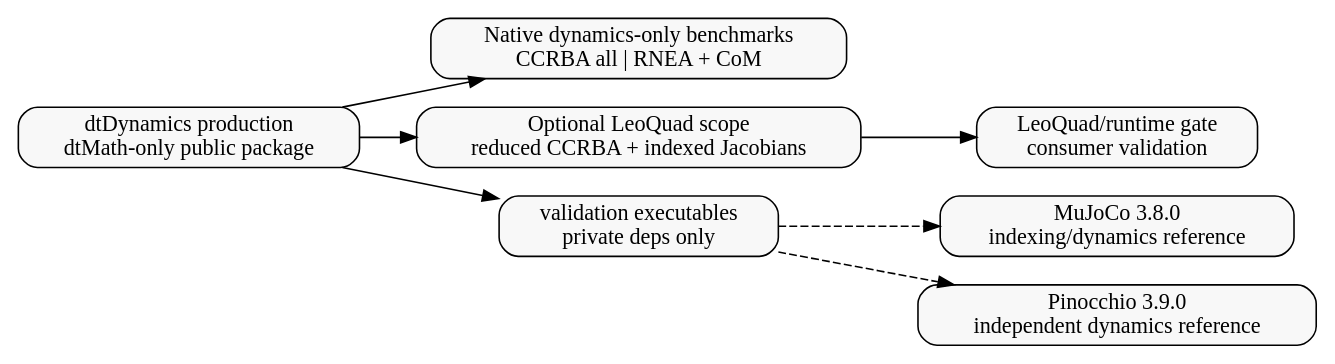
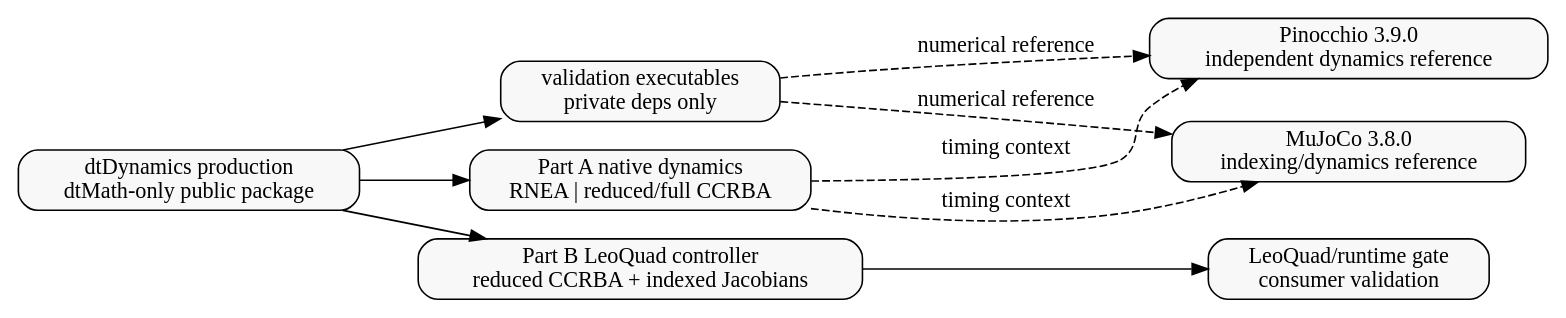
The diagram in docs/manual/diagrams/validation_refs.dot (sangyobe/dtDynamics), drawn with Graphviz before and after one commit. The commit also changed 9 other files, not shown here.

Commit message:
bench: expand Part A comparison scope

```diff
--- a/docs/manual/diagrams/validation_refs.dot
+++ b/docs/manual/diagrams/validation_refs.dot
@@ -1,17 +1,19 @@
 digraph validation_refs {
   rankdir=LR;
   node [shape=box, style="rounded,filled", fillcolor="#f8f8f8"];
   native [label="dtDynamics production\ndtMath-only public package"];
-  native_bench [label="Native dynamics-only benchmarks\nCCRBA all | RNEA + CoM"];
-  leo_bench [label="Optional LeoQuad scope\nreduced CCRBA + indexed Jacobians"];
+  native_bench [label="Part A native dynamics\nRNEA | reduced/full CCRBA"];
+  leo_bench [label="Part B LeoQuad controller\nreduced CCRBA + indexed Jacobians"];
   tests [label="validation executables\nprivate deps only"];
   mujoco [label="MuJoCo 3.8.0\nindexing/dynamics reference"];
   pin [label="Pinocchio 3.9.0\nindependent dynamics reference"];
   controller [label="LeoQuad/runtime gate\nconsumer validation"];
   native -> native_bench;
   native -> leo_bench;
   native -> tests;
-  tests -> mujoco [style=dashed];
-  tests -> pin [style=dashed];
+  native_bench -> mujoco [style=dashed, label="timing context"];
+  native_bench -> pin [style=dashed, label="timing context"];
+  tests -> mujoco [style=dashed, label="numerical reference"];
+  tests -> pin [style=dashed, label="numerical reference"];
   leo_bench -> controller;
 }
```
